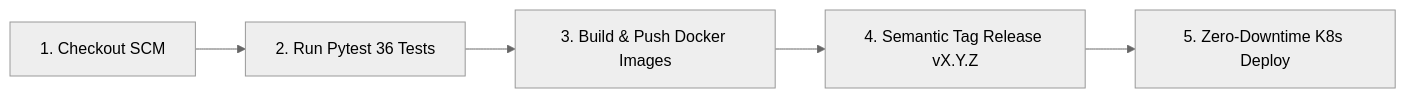
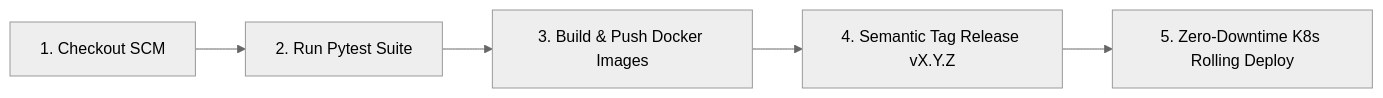
One commit to nhannhan2201/final_coursework changed the diagram in final_llm_agent/docs/cicd.md. Above: the diagram before and after it, drawn with Mermaid (neutral theme). The commit also changed other lines of this file and 50 other files, not shown here.

First line of the commit message:
docs: standardize technical reports, master architecture diagram, and authentic proof screenshots

````diff
--- a/final_llm_agent/docs/cicd.md
+++ b/final_llm_agent/docs/cicd.md
@@ -55,7 +19,7 @@
 ```mermaid
 graph LR
-    A[1. Checkout SCM] --> B[2. Run Pytest 36 Tests]
+    A[1. Checkout SCM] --> B[2. Run Pytest Suite]
     B --> C[3. Build & Push Docker Images]
     C --> D[4. Semantic Tag Release vX.Y.Z]
-    D --> E[5. Zero-Downtime K8s Deploy]
+    D --> E[5. Zero-Downtime K8s Rolling Deploy]
 ```
````
